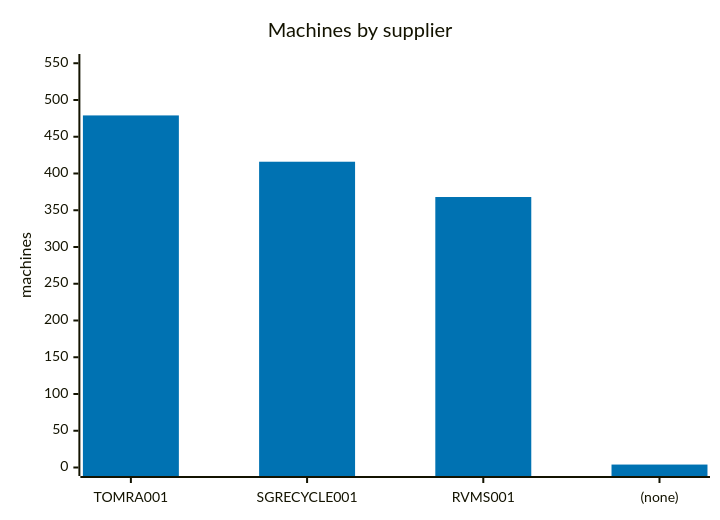
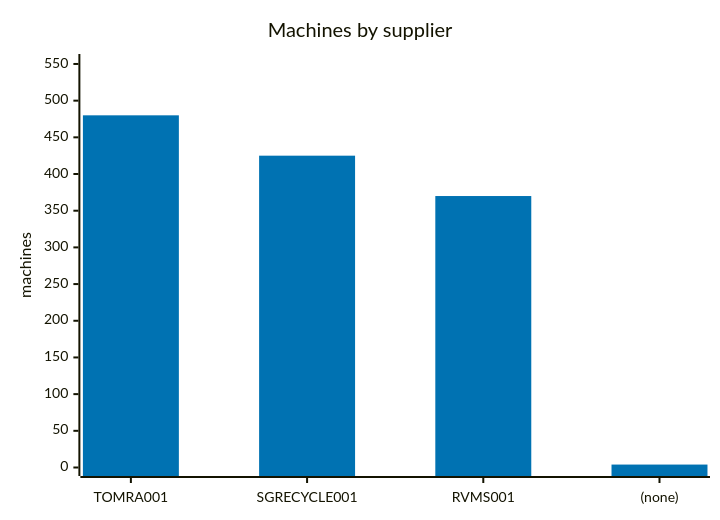
One commit to cheeaun/returnright-data changed the second of 7 diagrams in ANALYSIS.md. Above: the diagram before and after it, drawn with Mermaid. The commit also changed other lines of this file and 3 other files, not shown here.

````diff
--- a/ANALYSIS.md
+++ b/ANALYSIS.md
@@ -52,13 +50,13 @@
 ```mermaid
 ---
 config:
   themeVariables:
     xyChart:
       plotColorPalette: "#0072B2"
 ---
 xychart-beta
     title "Machines by supplier"
     x-axis ["TOMRA001", "SGRECYCLE001", "RVMS001", "(none)"]
-    y-axis "machines" 0 --> 551
-    bar [479, 416, 368, 4]
+    y-axis "machines" 0 --> 552
+    bar [480, 425, 370, 4]
 ```
````
